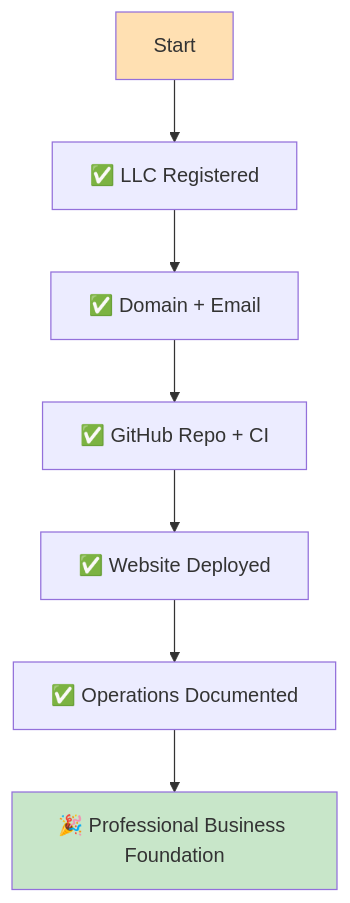
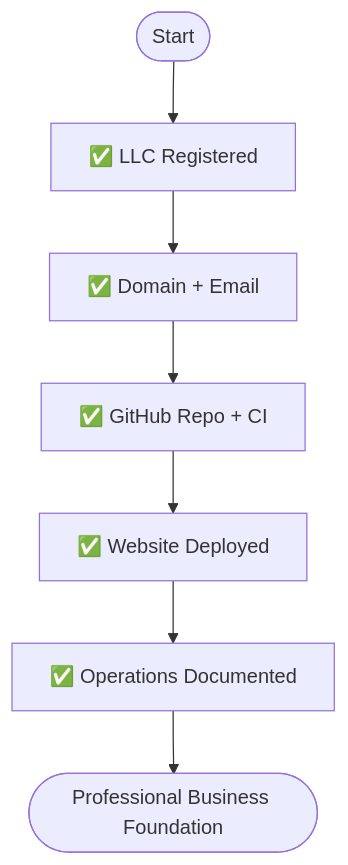
Before and after one commit to borealBytes/startup-blueprint: the third of 4 diagrams in README.md, drawn with Mermaid. The commit also changed other lines of this file, not shown here.

First line of the commit message:
refactor(docs): apply Mermaid style guide to README diagrams

````diff
--- a/README.md
+++ b/README.md
@@ -161,12 +155,12 @@
 ```mermaid
-graph TD
-    A["Start"] --> B["✅ LLC Registered"]
-    B --> C["✅ Domain + Email"]
-    C --> D["✅ GitHub Repo + CI"]
-    D --> E["✅ Website Deployed"]
-    E --> F["✅ Operations Documented"]
-    F --> G["🎉 Professional Business Foundation"]
+flowchart TD
+    accTitle: Business Setup Success Path
+    accDescr: Sequential milestones from starting setup through achieving a professional business foundation
 
-    style A fill:#ffe0b2
-    style G fill:#c8e6c9
+    start([Start]) --> llc_registered["✅ LLC Registered"]
+    llc_registered --> domain_email["✅ Domain + Email"]
+    domain_email --> github_ci["✅ GitHub Repo + CI"]
+    github_ci --> website_deployed["✅ Website Deployed"]
+    website_deployed --> ops_documented["✅ Operations Documented"]
+    ops_documented --> foundation_complete([Professional Business Foundation])
 ```
````
